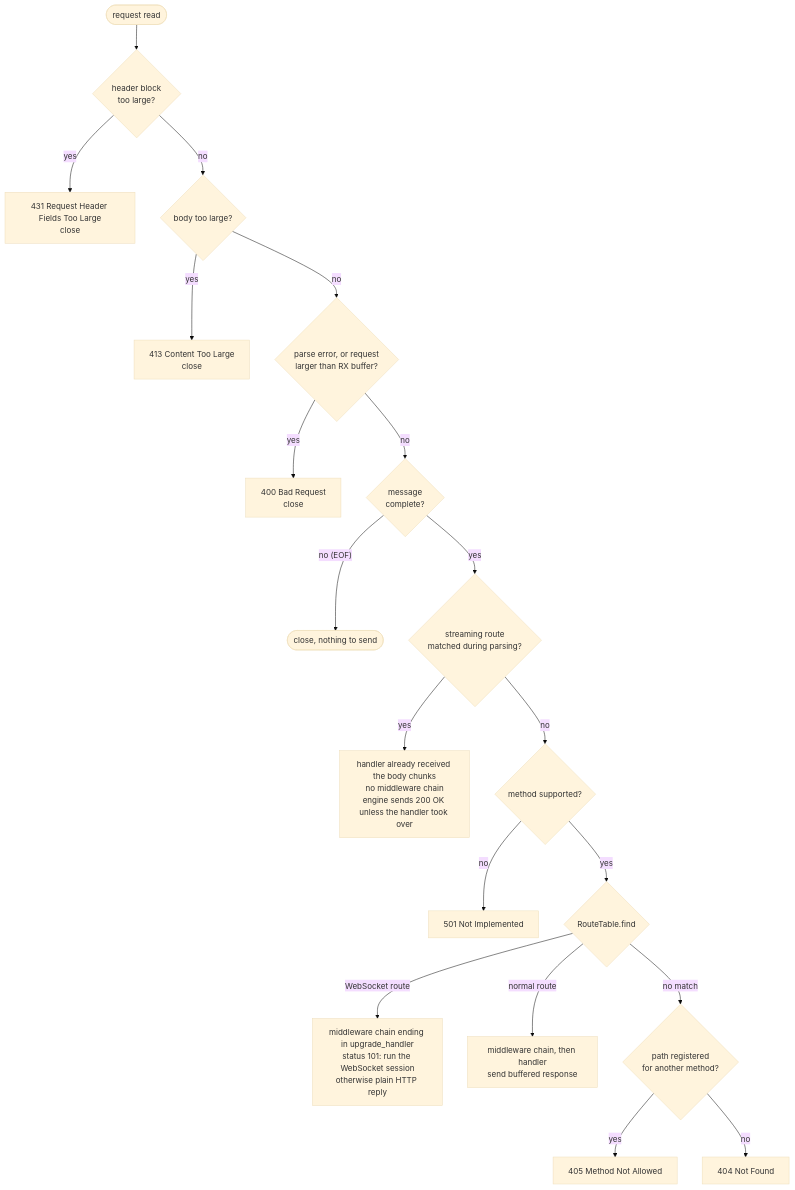
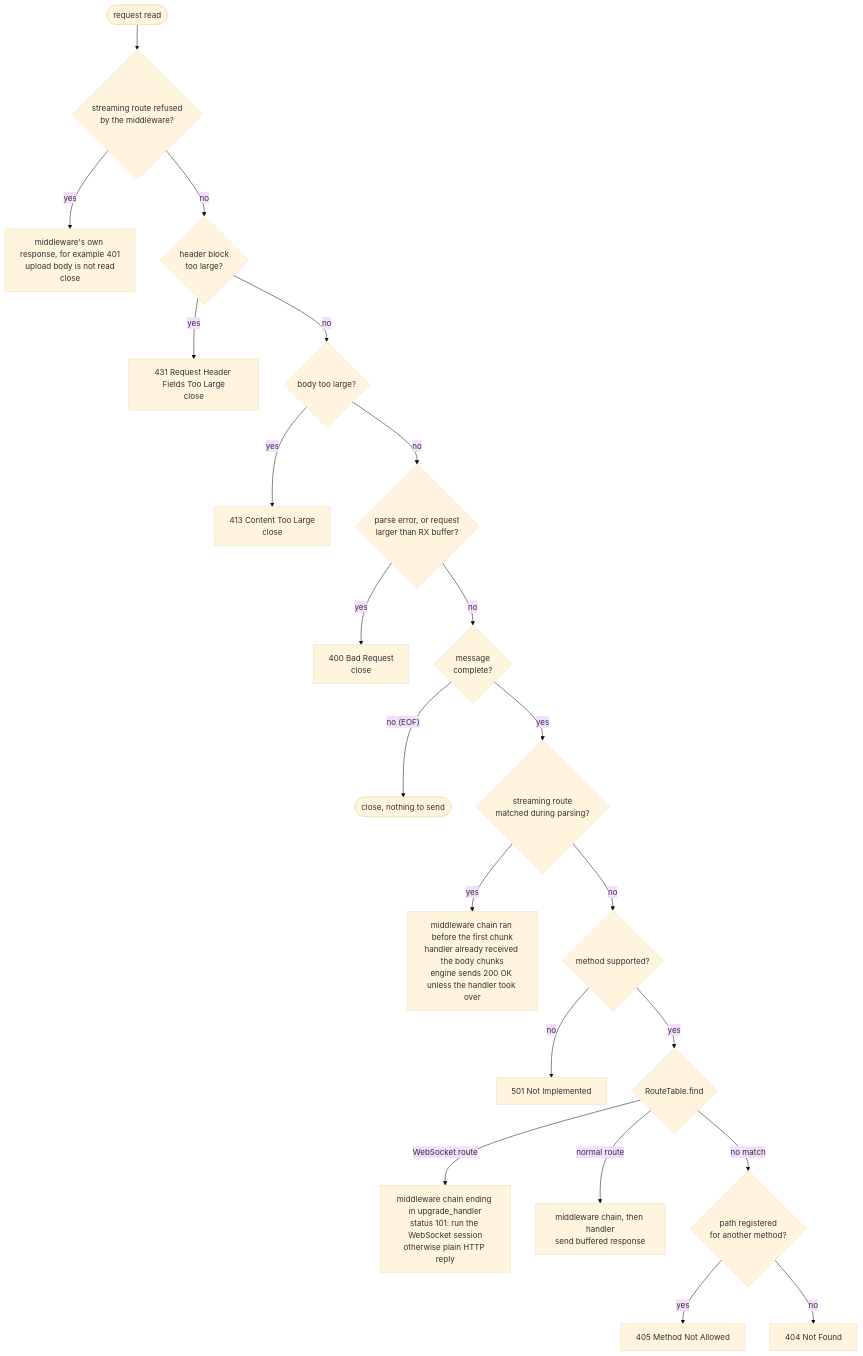
Before and after one commit to cmanista/uchttp: the third of 5 diagrams in docs/architecture/README.md, drawn with Mermaid (base theme). The commit also changed other lines of this file and 12 other files, not shown here.

Commit message:
fix streaming middleware

````diff
--- a/docs/architecture/README.md
+++ b/docs/architecture/README.md
@@ -153,21 +150,23 @@
 ```mermaid
 flowchart TD
-    start(["request read"]) --> e431{"header block<br/>too large?"}
+    start(["request read"]) --> rej{"streaming route refused<br/>by the middleware?"}
+    rej -- yes --> rrej["middleware's own response, for example 401<br/>upload body is not read<br/>close"]
+    rej -- no --> e431{"header block<br/>too large?"}
     e431 -- yes --> r431["431 Request Header Fields Too Large<br/>close"]
     e431 -- no --> e413{"body too large?"}
     e413 -- yes --> r413["413 Content Too Large<br/>close"]
     e413 -- no --> e400{"parse error, or request<br/>larger than RX buffer?"}
     e400 -- yes --> r400["400 Bad Request<br/>close"]
     e400 -- no --> done{"message<br/>complete?"}
     done -- "no (EOF)" --> endc(["close, nothing to send"])
     done -- yes --> stream{"streaming route<br/>matched during parsing?"}
-    stream -- yes --> shandler["handler already received the body chunks<br/>no middleware chain<br/>engine sends 200 OK unless the handler took over"]
+    stream -- yes --> shandler["middleware chain ran before the first chunk<br/>handler already received the body chunks<br/>engine sends 200 OK unless the handler took over"]
     stream -- no --> method{"method supported?"}
     method -- no --> r501["501 Not Implemented"]
     method -- yes --> find{"RouteTable.find"}
     find -- "WebSocket route" --> ws["middleware chain ending in upgrade_handler<br/>status 101: run the WebSocket session<br/>otherwise plain HTTP reply"]
     find -- "normal route" --> normal["middleware chain, then handler<br/>send buffered response"]
     find -- "no match" --> path{"path registered<br/>for another method?"}
     path -- yes --> r405["405 Method Not Allowed"]
     path -- no --> r404["404 Not Found"]
 ```
````
